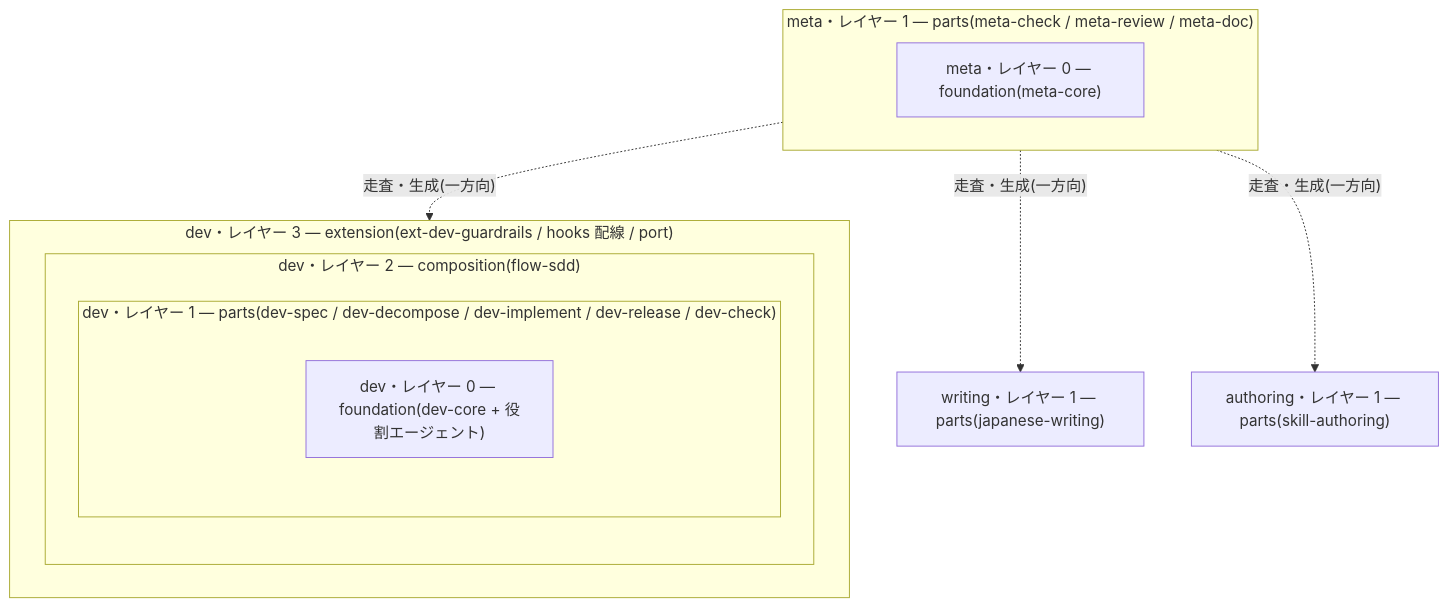
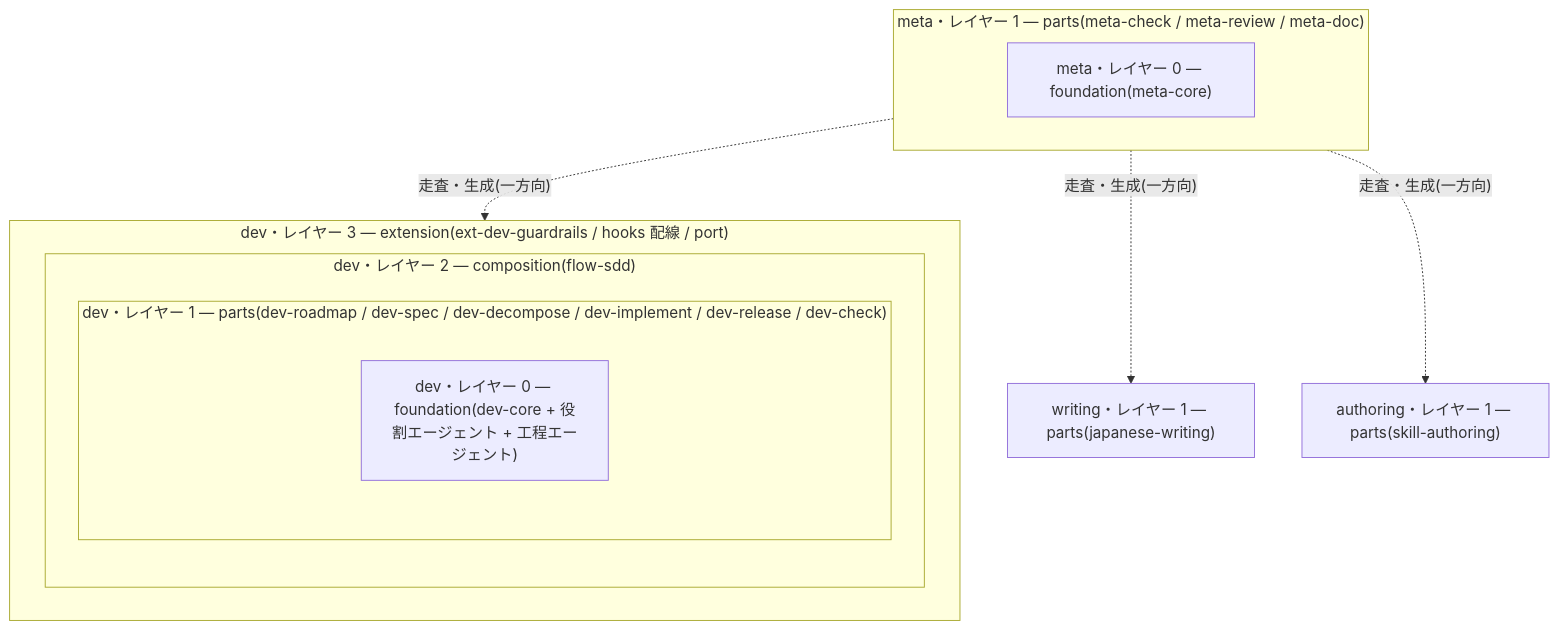
The first of 3 diagrams in .meta/DESIGN.md (mosidas/dev-skills), drawn with Mermaid before and after one commit. The commit also changed other lines of this file and 14 other files, not shown here.

````diff
--- a/.meta/DESIGN.md
+++ b/.meta/DESIGN.md
@@ -75,18 +79,18 @@
 ```mermaid
 flowchart TD
     subgraph D3["dev・レイヤー 3 — extension(ext-dev-guardrails / hooks 配線 / port)"]
         subgraph D2["dev・レイヤー 2 — composition(flow-sdd)"]
-            subgraph D1["dev・レイヤー 1 — parts(dev-spec / dev-decompose / dev-implement / dev-release / dev-check)"]
-                D0["dev・レイヤー 0 — foundation(dev-core + 役割エージェント)"]
+            subgraph D1["dev・レイヤー 1 — parts(dev-roadmap / dev-spec / dev-decompose / dev-implement / dev-release / dev-check)"]
+                D0["dev・レイヤー 0 — foundation(dev-core + 役割エージェント + 工程エージェント)"]
             end
         end
     end
     W1["writing・レイヤー 1 — parts(japanese-writing)"]
     A1["authoring・レイヤー 1 — parts(skill-authoring)"]
     subgraph M1["meta・レイヤー 1 — parts(meta-check / meta-review / meta-doc)"]
         M0["meta・レイヤー 0 — foundation(meta-core)"]
     end
     M1 -. 走査・生成(一方向) .-> D3
     M1 -. 走査・生成(一方向) .-> W1
     M1 -. 走査・生成(一方向) .-> A1
 ```
````
